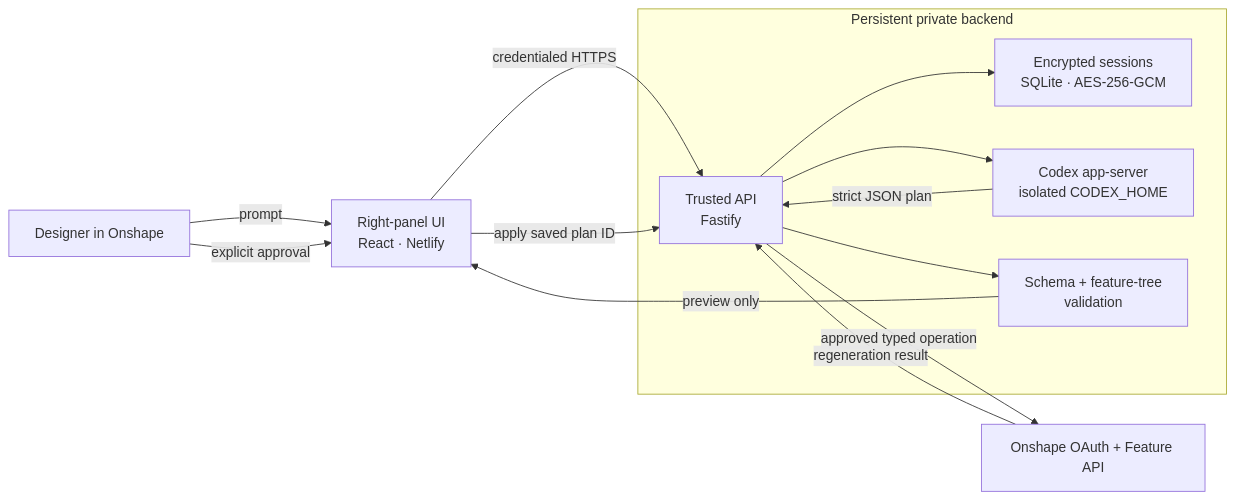
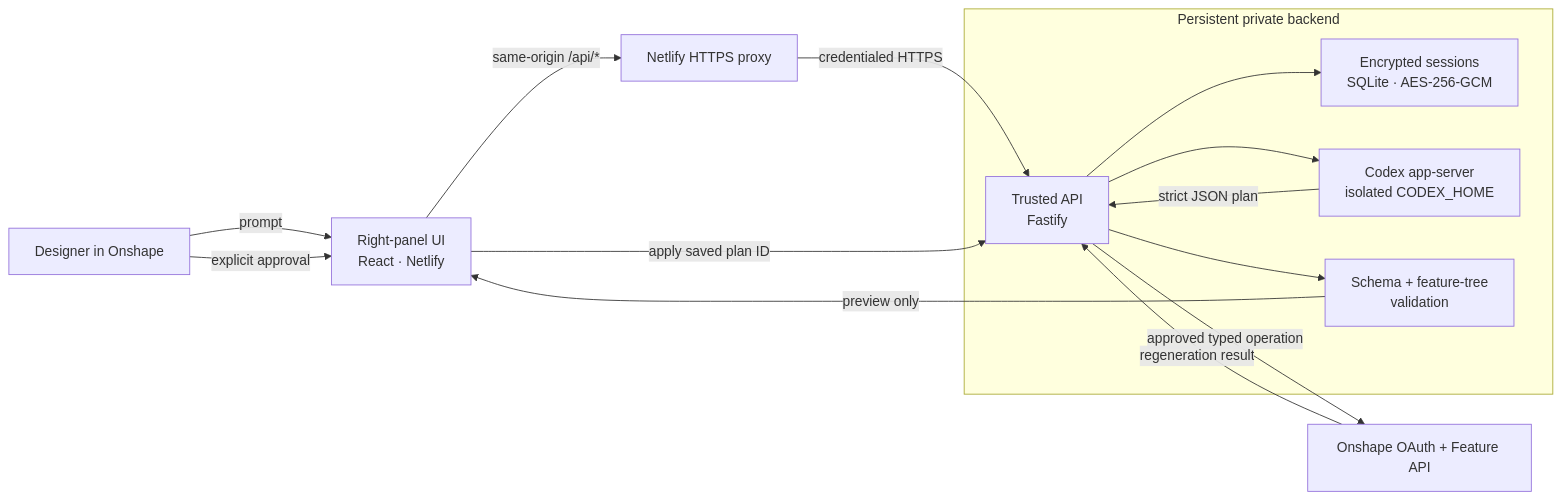
One commit to MayoWolf/MorAssistant changed the diagram in README.md. Above: the diagram before and after it, drawn with Mermaid. The commit also changed other lines of this file and 4 other files, not shown here.

````diff
--- a/README.md
+++ b/README.md
@@ -89,18 +89,19 @@
 ```mermaid
 flowchart LR
   U["Designer in Onshape"] -->|prompt| P["Right-panel UI<br/>React · Netlify"]
-  P -->|credentialed HTTPS| A["Trusted API<br/>Fastify"]
+  P -->|same-origin /api/*| N["Netlify HTTPS proxy"]
+  N -->|credentialed HTTPS| A["Trusted API<br/>Fastify"]
 
   subgraph Backend["Persistent private backend"]
     A --> S["Encrypted sessions<br/>SQLite · AES-256-GCM"]
     A --> C["Codex app-server<br/>isolated CODEX_HOME"]
     C -->|strict JSON plan| A
     A --> V["Schema + feature-tree<br/>validation"]
   end
 
   V -->|preview only| P
   U -->|explicit approval| P
   P -->|apply saved plan ID| A
   A -->|approved typed operation| O["Onshape OAuth + Feature API"]
   O -->|regeneration result| A
 ```
````
